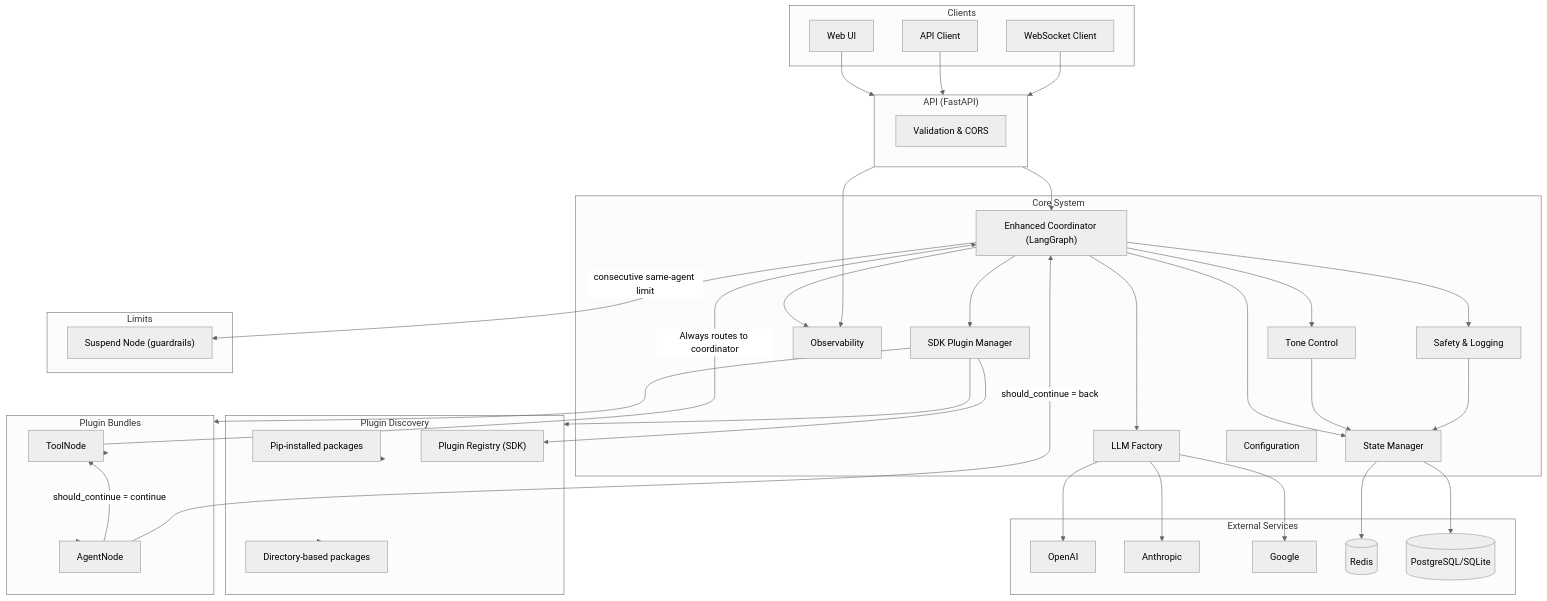
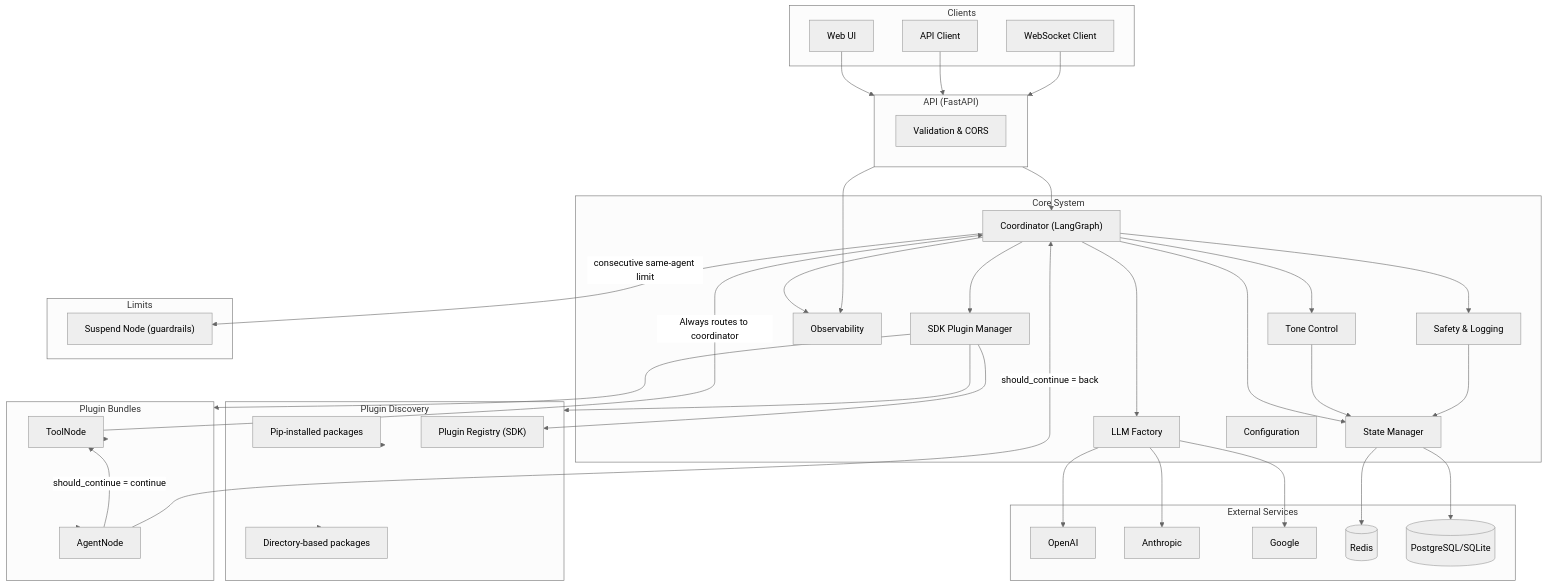
Before and after one commit to jonaskahn/cadence: the first of 6 diagrams in docs/concepts/architecture.md, drawn with Mermaid (neutral theme). The commit also changed other lines of this file and 23 other files, not shown here.

```diff
--- a/docs/concepts/architecture.md
+++ b/docs/concepts/architecture.md
@@ -18,7 +18,7 @@
     end
 
     subgraph Core["Core System"]
-        Coord["Enhanced Coordinator (LangGraph)"]
+        Coord["Coordinator (LangGraph)"]
         SDKPM[SDK Plugin Manager]
         State[State Manager]
         LLMF[LLM Factory]
```
